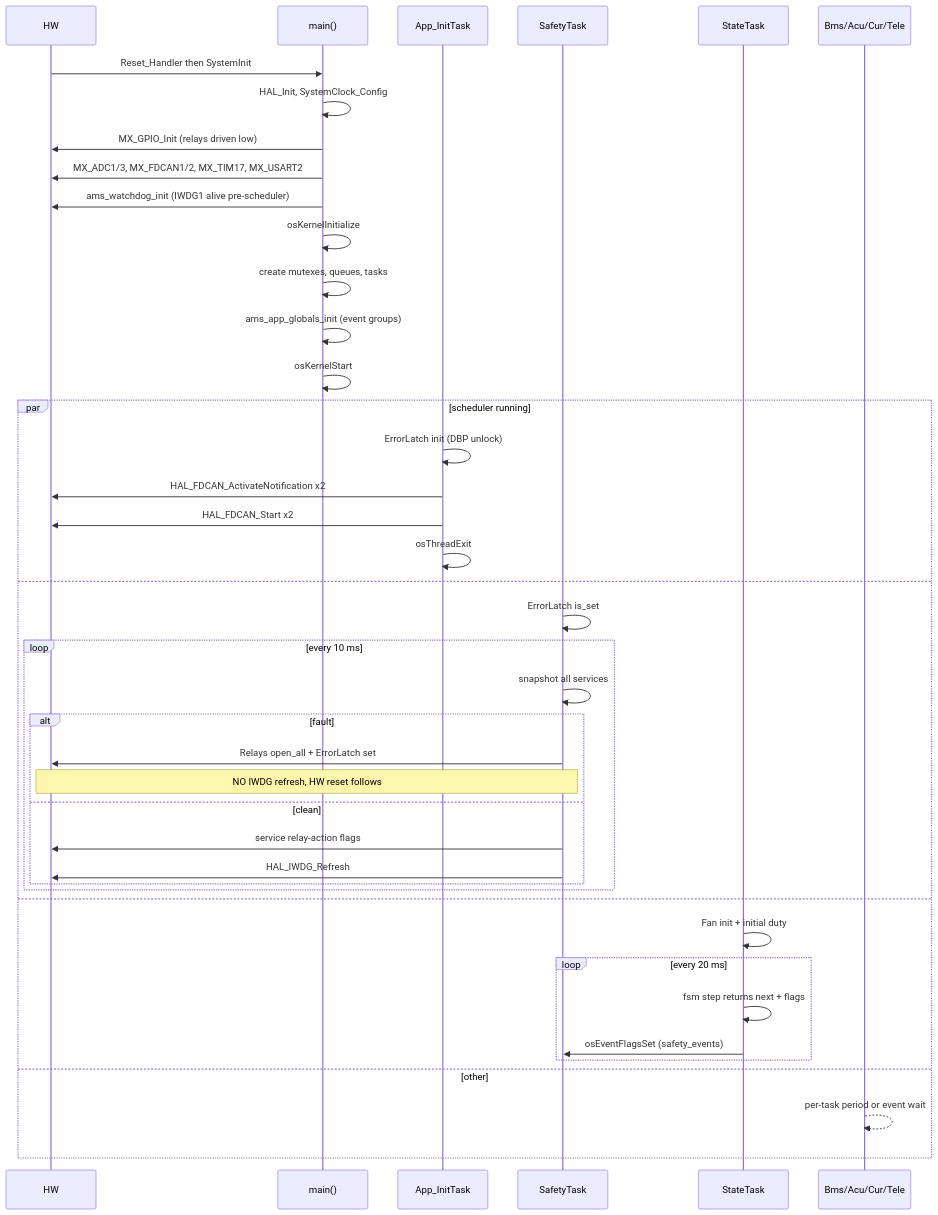
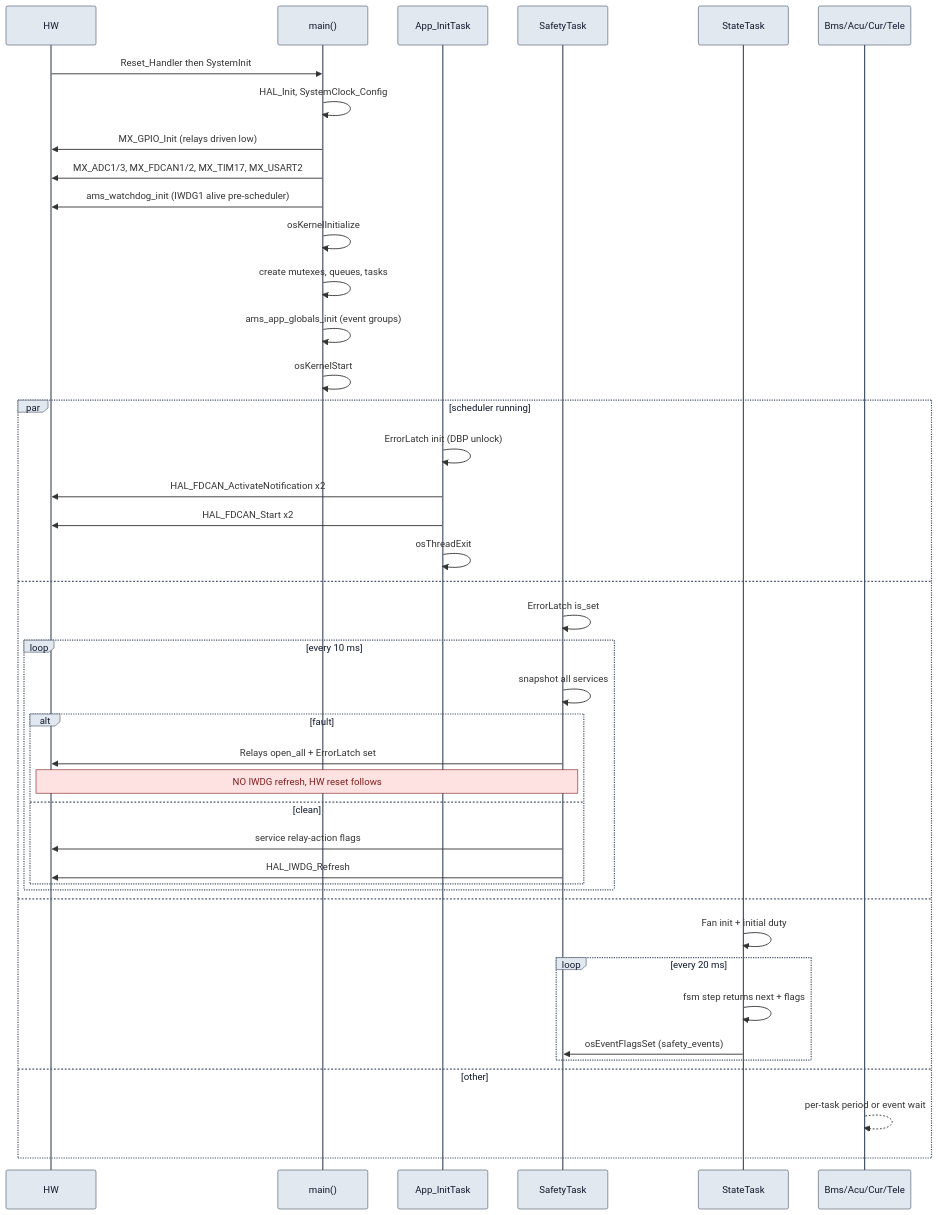
Before and after one commit to isc-fs/IFS08-CE-AMS: the third of 3 diagrams in docs/ARCHITECTURE.md, drawn with Mermaid. The commit also changed other lines of this file, not shown here.

First line of the commit message:
fix: colour the three mermaid diagrams in ARCHITECTURE.md

````diff
--- a/docs/ARCHITECTURE.md
+++ b/docs/ARCHITECTURE.md
@@ -239,46 +272,51 @@
 ```mermaid
+%%{init: {'theme':'base','themeVariables':{
+  'actorBkg':'#e2e8f0','actorBorder':'#475569','actorTextColor':'#0f172a',
+  'noteBkgColor':'#fee2e2','noteBorderColor':'#7f1d1d','noteTextColor':'#7f1d1d',
+  'sequenceNumberColor':'#0f172a'
+}}}%%
 sequenceDiagram
   participant HW
   participant main as main()
   participant init as App_InitTask
   participant safe as SafetyTask
   participant state as StateTask
   participant other as Bms/Acu/Cur/Tele
 
   HW->>main: Reset_Handler then SystemInit
   main->>main: HAL_Init, SystemClock_Config
   main->>HW: MX_GPIO_Init (relays driven low)
   main->>HW: MX_ADC1/3, MX_FDCAN1/2, MX_TIM17, MX_USART2
   main->>HW: ams_watchdog_init (IWDG1 alive pre-scheduler)
   main->>main: osKernelInitialize
   main->>main: create mutexes, queues, tasks
   main->>main: ams_app_globals_init (event groups)
   main->>main: osKernelStart
 
   par scheduler running
     init->>init: ErrorLatch init (DBP unlock)
     init->>HW: HAL_FDCAN_ActivateNotification x2
     init->>HW: HAL_FDCAN_Start x2
     init->>init: osThreadExit
   and
     safe->>safe: ErrorLatch is_set
     loop every 10 ms
       safe->>safe: snapshot all services
       alt fault
         safe->>HW: Relays open_all + ErrorLatch set
         Note over safe,HW: NO IWDG refresh, HW reset follows
       else clean
         safe->>HW: service relay-action flags
         safe->>HW: HAL_IWDG_Refresh
       end
     end
   and
     state->>state: Fan init + initial duty
     loop every 20 ms
       state->>state: fsm step returns next + flags
       state->>safe: osEventFlagsSet (safety_events)
     end
   and other
     other-->>other: per-task period or event wait
   end
 ```
````
